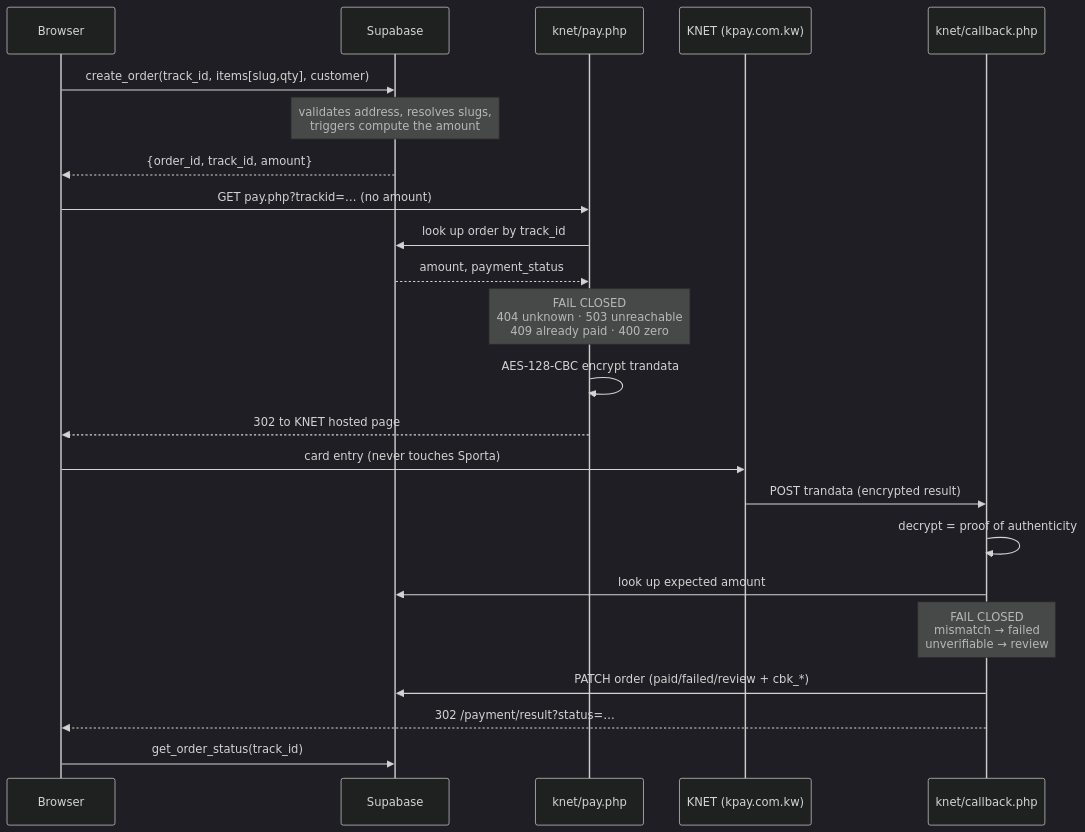
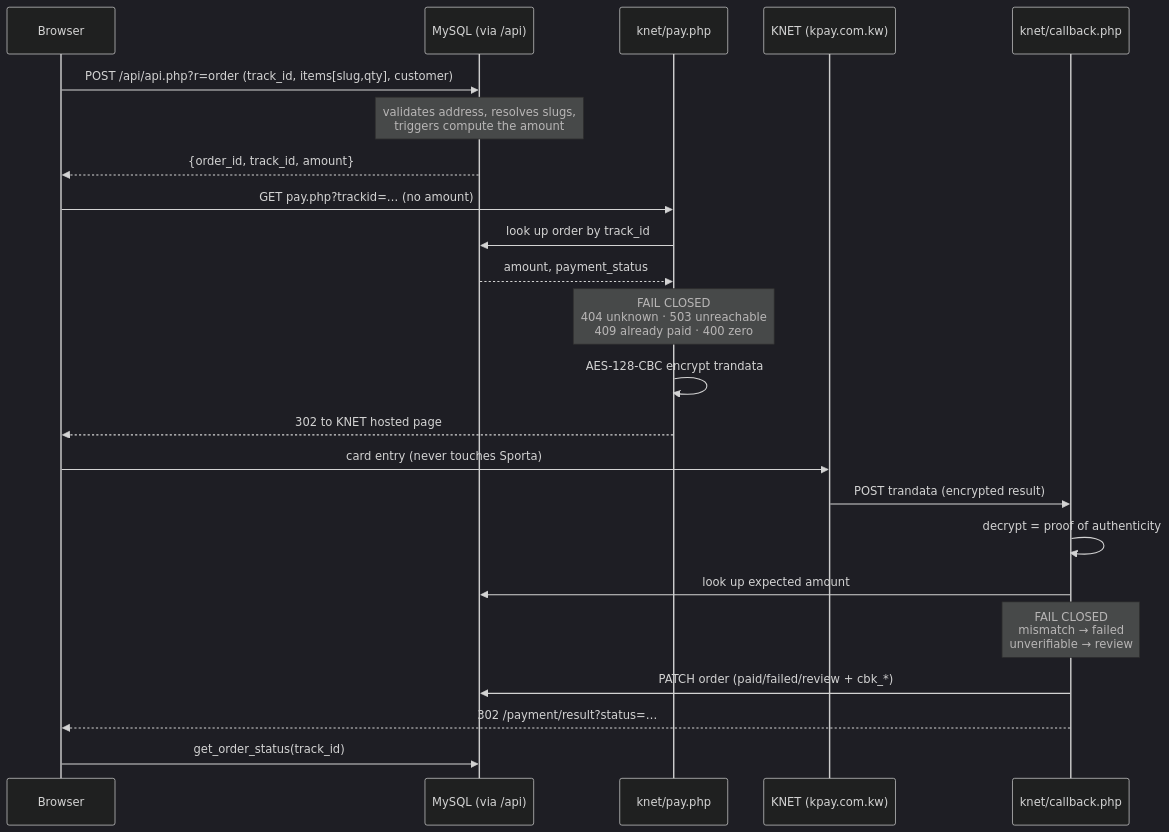
The diagram in KNET.md (hkspower/wain), drawn with Mermaid (dark theme) before and after one commit. The commit also changed other lines of this file and 138 other files, not shown here.

````diff
--- a/KNET.md
+++ b/KNET.md
@@ -38,26 +39,26 @@
 ```mermaid
 sequenceDiagram
     participant B as Browser
-    participant DB as Supabase
+    participant DB as MySQL (via /api)
     participant P as knet/pay.php
     participant K as KNET (kpay.com.kw)
     participant C as knet/callback.php
 
-    B->>DB: create_order(track_id, items[slug,qty], customer)
+    B->>DB: POST /api/api.php?r=order (track_id, items[slug,qty], customer)
     Note over DB: validates address, resolves slugs,<br/>triggers compute the amount
     DB-->>B: {order_id, track_id, amount}
     B->>P: GET pay.php?trackid=…   (no amount)
     P->>DB: look up order by track_id
     DB-->>P: amount, payment_status
     Note over P: FAIL CLOSED<br/>404 unknown · 503 unreachable<br/>409 already paid · 400 zero
     P->>P: AES-128-CBC encrypt trandata
     P-->>B: 302 to KNET hosted page
     B->>K: card entry (never touches Sporta)
     K->>C: POST trandata (encrypted result)
     C->>C: decrypt = proof of authenticity
     C->>DB: look up expected amount
     Note over C: FAIL CLOSED<br/>mismatch → failed<br/>unverifiable → review
     C->>DB: PATCH order (paid/failed/review + cbk_*)
     C-->>B: 302 /payment/result?status=…
     B->>DB: get_order_status(track_id)
 ```
````
